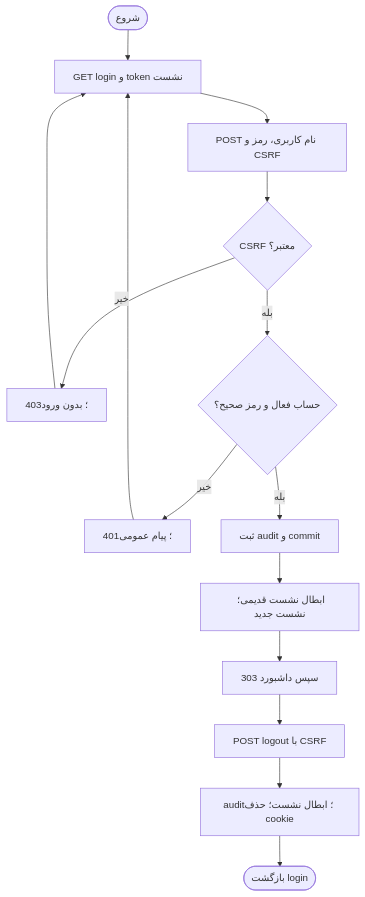
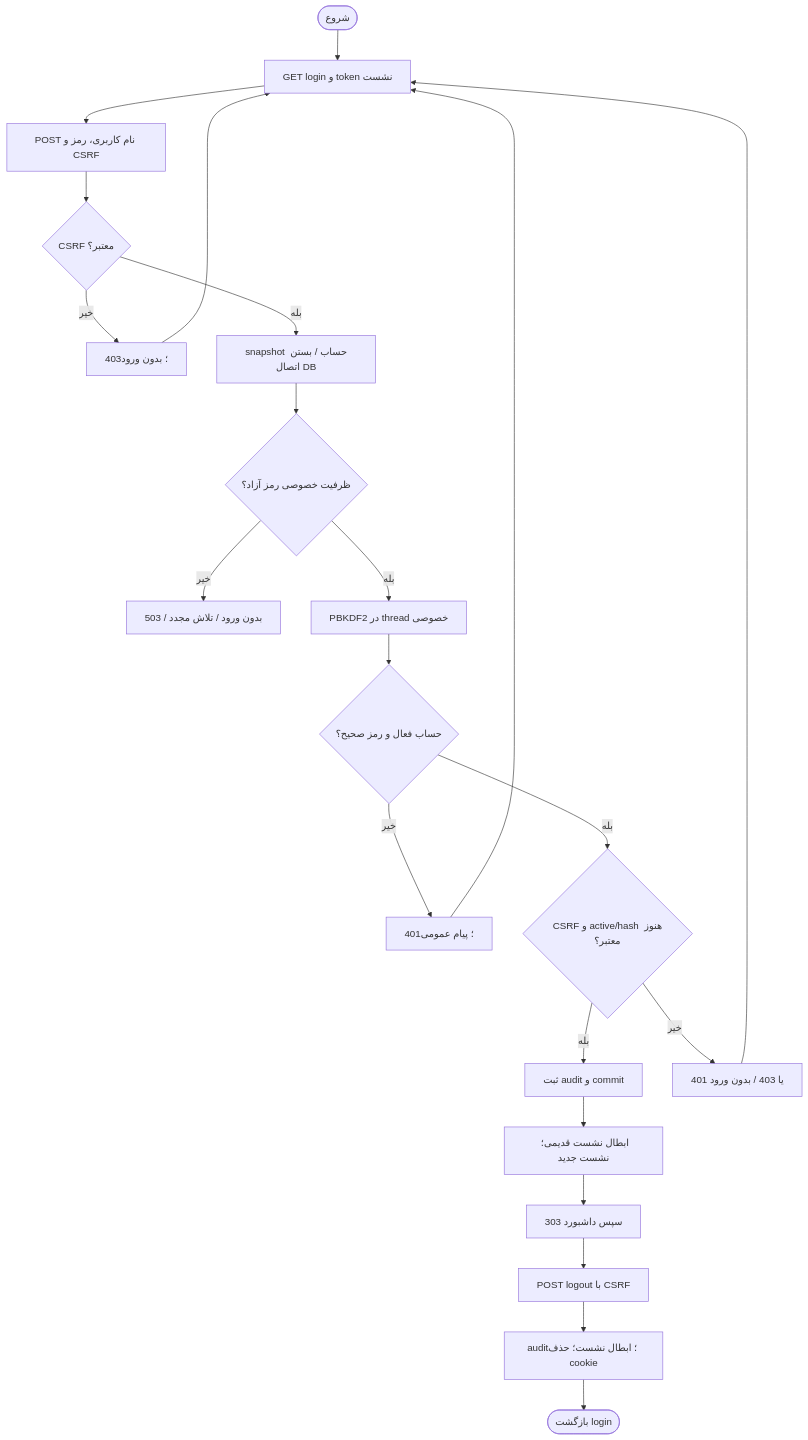
Before and after one commit to MahdySayyar/hrms-project: the diagram in models/activities/UC-01.mmd, drawn with Mermaid. The commit also changed 68 other files, not shown here.

```diff
--- a/models/activities/UC-01.mmd
+++ b/models/activities/UC-01.mmd
@@ -1,16 +1,23 @@
 %% ACT-01 — Authentication activity
 flowchart TD
     Start(["شروع"]) --> Page["GET login و token نشست"]
     Page --> Submit["POST نام کاربری، رمز و CSRF"]
     Submit --> CSRF{"CSRF معتبر؟"}
     CSRF -->|"خیر"| E403["403؛ بدون ورود"]
-    CSRF -->|"بله"| Valid{"حساب فعال و رمز صحیح؟"}
+    CSRF -->|"بله"| Snapshot["snapshot حساب / بستن اتصال DB"]
+    Snapshot --> Queue{"ظرفیت خصوصی رمز آزاد؟"}
+    Queue -->|"خیر"| Busy["503 / بدون ورود / تلاش مجدد"]
+    Queue -->|"بله"| Hash["PBKDF2 در thread خصوصی"]
+    Hash --> Valid{"حساب فعال و رمز صحیح؟"}
     Valid -->|"خیر"| E401["401؛ پیام عمومی"]
-    Valid -->|"بله"| Audit["ثبت audit و commit"]
+    Valid -->|"بله"| Recheck{"CSRF و active/hash هنوز معتبر؟"}
+    Recheck -->|"بله"| Audit["ثبت audit و commit"]
+    Recheck -->|"خیر"| Stale["401 یا 403 / بدون ورود"]
+    Stale --> Page
     Audit --> Rotate["ابطال نشست قدیمی؛ نشست جدید"]
     Rotate --> Dashboard["303 سپس داشبورد"]
     Dashboard --> Logout["POST logout با CSRF"]
     Logout --> Remove["audit؛ ابطال نشست؛ حذف cookie"]
     Remove --> Finish(["بازگشت login"])
     E401 --> Page
     E403 --> Page
```
